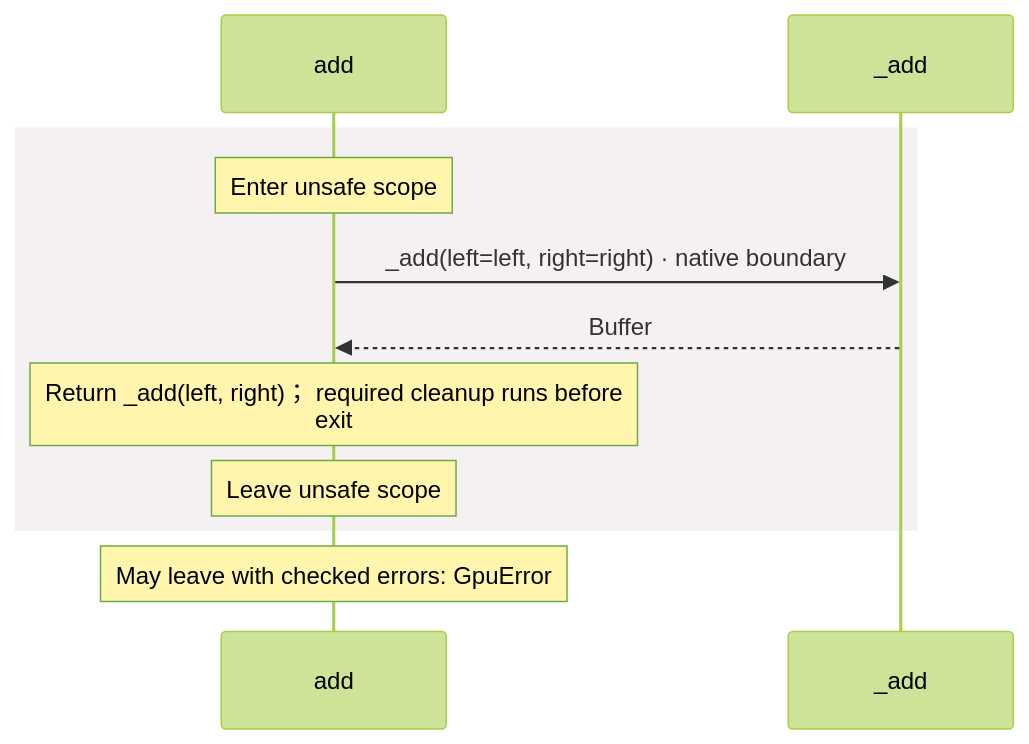
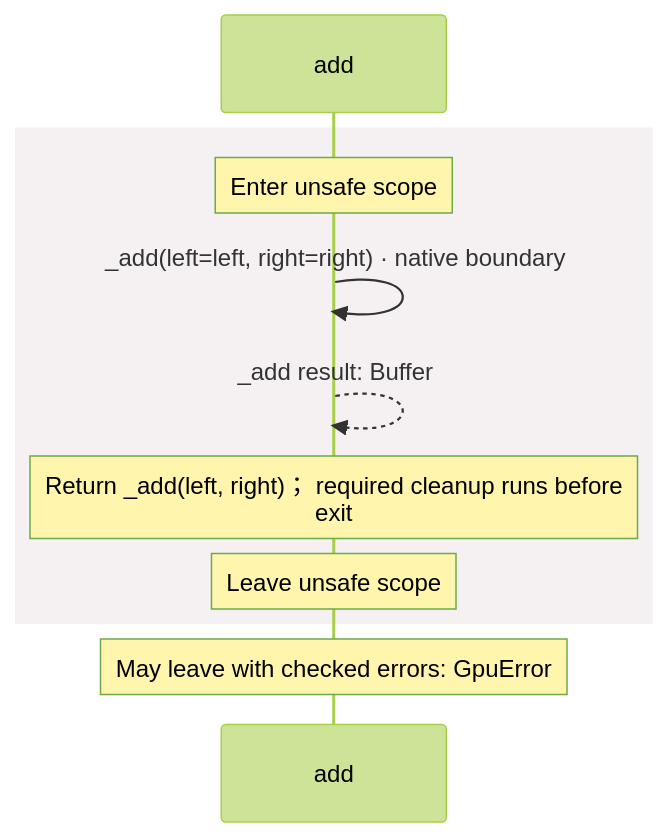
One commit to GreenPandaStudios/augscript changed the third of 4 diagrams in docs/examples/native-gpu/dependencies/packages/@greenpandastudios/aug-gpu/0.1.1/api-diagrams.md. Above: the diagram before and after it, drawn with Mermaid (forest theme). The commit also changed other lines of this file and 304 other files, not shown here.

Commit message:
Make generated data-flow sequences concise and review every diagram

````diff
--- a/docs/examples/native-gpu/dependencies/packages/@greenpandastudios/aug-gpu/0.1.1/api-diagrams.md
+++ b/docs/examples/native-gpu/dependencies/packages/@greenpandastudios/aug-gpu/0.1.1/api-diagrams.md
@@ -128,13 +108,13 @@
 ```mermaid
 sequenceDiagram
     participant p0 as add
-    participant p1 as _add
+
     rect rgb(245, 240, 241)
     Note over p0: Enter unsafe scope
-    p0->>p1: _add(left=left, right=right) · native boundary
-    p1-->>p0: Buffer
+    p0->>p0: _add(left=left, right=right) · native boundary
+    p0-->>p0: _add result: Buffer
     Note over p0: Return _add(left, right)； required cleanup runs before<br/>exit
     Note over p0: Leave unsafe scope
     end
     Note over p0: May leave with checked errors: GpuError
 ```
````
